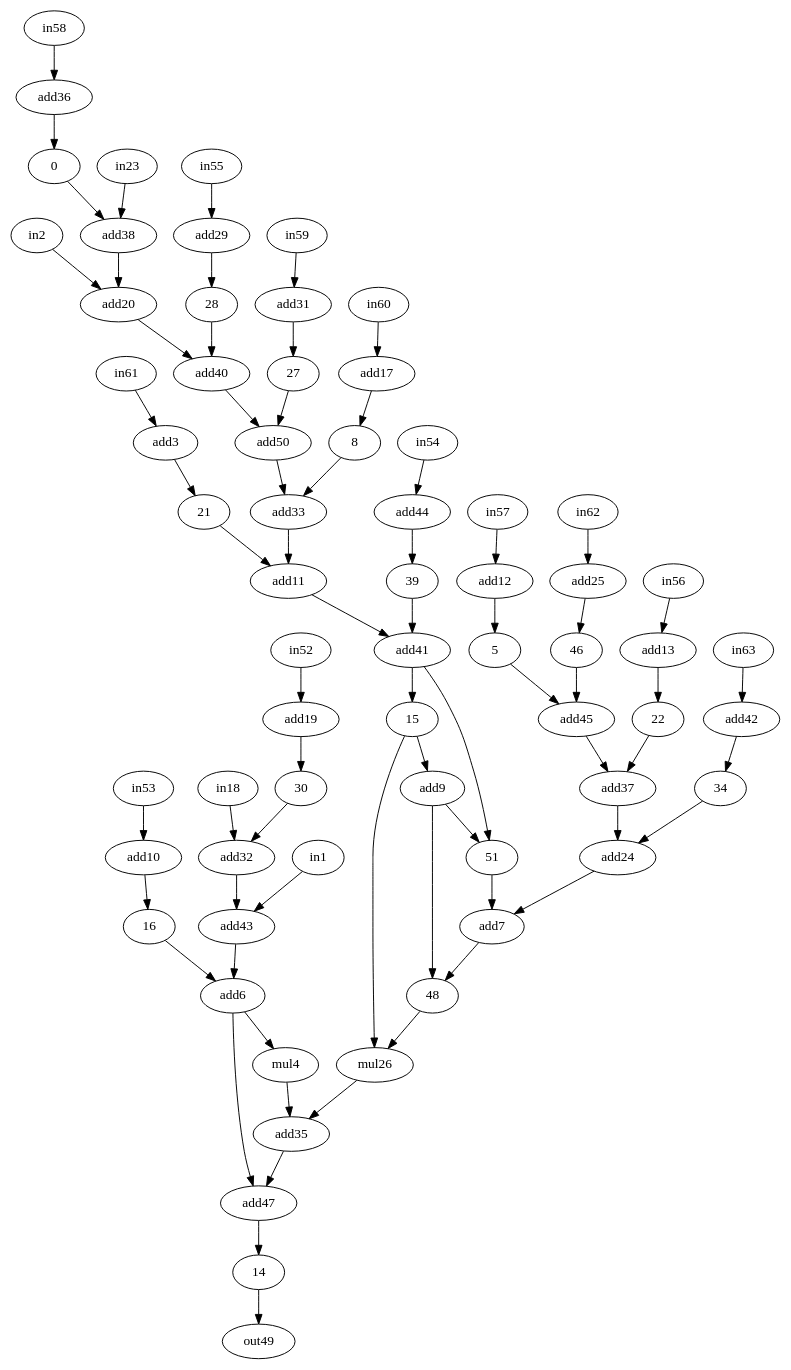
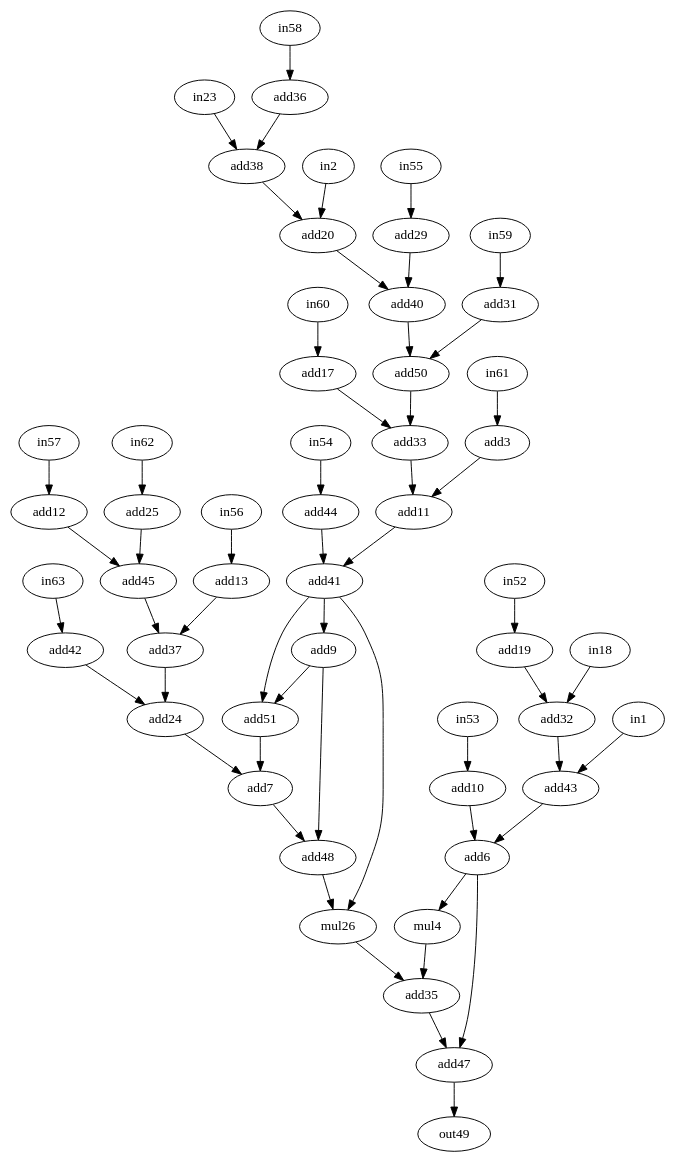
One commit to jeronimopenha/traversal_project changed the diagram in bench/test_bench/assincrono/h2v2_smooth.dot. Above: the diagram before and after it, drawn with Graphviz. The commit also changed 1 other file, not shown here.

```diff
--- a/bench/test_bench/assincrono/h2v2_smooth.dot
+++ b/bench/test_bench/assincrono/h2v2_smooth.dot
@@ -1,117 +1,105 @@
 digraph "h2v2_smooth" {
 1 [label=in1, op=in];
 2 [label=in2, op=in];
 3 [label=add3, op=addi, value=2];
 4 [label=mul4, op=muli, value=2];
 6 [label=add6, op=add];
 7 [label=add7, op=add];
 9 [label=add9, op=addi, value=2];
 10 [label=add10, op=addi, value=2];
 11 [label=add11, op=add];
 12 [label=add12, op=addi, value=2];
 13 [label=add13, op=addi, value=2];
 17 [label=add17, op=addi, value=2];
 18 [label=in18, op=in];
 19 [label=add19, op=addi, value=2];
 20 [label=add20, op=add];
 23 [label=in23, op=in];
 24 [label=add24, op=add];
 25 [label=add25, op=addi, value=2];
 26 [label=mul26, op=mul];
 29 [label=add29, op=addi, value=2];
 31 [label=add31, op=addi, value=2];
 32 [label=add32, op=add];
 33 [label=add33, op=add];
 35 [label=add35, op=add];
 36 [label=add36, op=addi, value=2];
 37 [label=add37, op=add];
 38 [label=add38, op=add];
 40 [label=add40, op=add];
 41 [label=add41, op=add];
 42 [label=add42, op=addi, value=2];
 43 [label=add43, op=add];
 44 [label=add44, op=addi, value=2];
 45 [label=add45, op=add];
 47 [label=add47, op=add];
+48 [label=add48, op=add];
 49 [label=out49, op=out];
 50 [label=add50, op=add];
+51 [label=add51, op=add];
 52 [label=in52, op=in];
 53 [label=in53, op=in];
 54 [label=in54, op=in];
 55 [label=in55, op=in];
 56 [label=in56, op=in];
 57 [label=in57, op=in];
 58 [label=in58, op=in];
 59 [label=in59, op=in];
 60 [label=in60, op=in];
 61 [label=in61, op=in];
 62 [label=in62, op=in];
 63 [label=in63, op=in];
-0 -> 38  [port=0, w=0];
+36 -> 38  [port=0, w=0];
 1 -> 43  [port=0, w=0];
 2 -> 20  [port=0, w=0];
-3 -> 21  [port=0, w=0];
 4 -> 35  [port=0, w=0];
-5 -> 45  [port=0, w=0];
+12 -> 45  [port=0, w=0];
 6 -> 4  [port=0, w=0];
 6 -> 47  [port=0, w=0];
 7 -> 48  [port=0, w=0];
-8 -> 33  [port=0, w=0];
+17 -> 33  [port=0, w=0];
 9 -> 48  [port=1, w=0];
 9 -> 51  [port=0, w=0];
-10 -> 16  [port=0, w=0];
+10 -> 6  [port=0, w=0];
 11 -> 41  [port=0, w=0];
-12 -> 5  [port=0, w=0];
-13 -> 22  [port=0, w=0];
-14 -> 49  [port=0, w=0];
-15 -> 9  [port=0, w=0];
-15 -> 26  [port=0, w=0];
-16 -> 6  [port=0, w=0];
-17 -> 8  [port=0, w=0];
+41 -> 9  [port=0, w=0];
+41 -> 26  [port=0, w=0];
 18 -> 32  [port=0, w=0];
-19 -> 30  [port=0, w=0];
+19 -> 32  [port=1, w=0];
 20 -> 40  [port=0, w=0];
-21 -> 11  [port=0, w=0];
-22 -> 37  [port=0, w=0];
+3 -> 11  [port=0, w=0];
+13 -> 37  [port=0, w=0];
 23 -> 38  [port=1, w=0];
 24 -> 7  [port=0, w=0];
-25 -> 46  [port=0, w=0];
 26 -> 35  [port=1, w=0];
-27 -> 50  [port=0, w=0];
-28 -> 40  [port=1, w=0];
-29 -> 28  [port=0, w=0];
-30 -> 32  [port=1, w=0];
-31 -> 27  [port=0, w=0];
+31 -> 50  [port=0, w=0];
+29 -> 40  [port=1, w=0];
 32 -> 43  [port=1, w=0];
 33 -> 11  [port=1, w=0];
-34 -> 24  [port=0, w=0];
+42 -> 24  [port=0, w=0];
 35 -> 47  [port=1, w=0];
-36 -> 0  [port=0, w=0];
 37 -> 24  [port=1, w=0];
 38 -> 20  [port=1, w=0];
-39 -> 41  [port=1, w=0];
+44 -> 41  [port=1, w=0];
 40 -> 50  [port=1, w=0];
-41 -> 15  [port=0, w=0];
 41 -> 51  [port=1, w=0];
-42 -> 34  [port=0, w=0];
 43 -> 6  [port=1, w=0];
-44 -> 39  [port=0, w=0];
 45 -> 37  [port=1, w=0];
-46 -> 45  [port=1, w=0];
-47 -> 14  [port=0, w=0];
+25 -> 45  [port=1, w=0];
+47 -> 49  [port=0, w=0];
 48 -> 26  [port=1, w=0];
 50 -> 33  [port=1, w=0];
 51 -> 7  [port=1, w=0];
 52 -> 19  [port=0, w=0];
 53 -> 10  [port=0, w=0];
 54 -> 44  [port=0, w=0];
 55 -> 29  [port=0, w=0];
 56 -> 13  [port=0, w=0];
 57 -> 12  [port=0, w=0];
 58 -> 36  [port=0, w=0];
 59 -> 31  [port=0, w=0];
 60 -> 17  [port=0, w=0];
 61 -> 3  [port=0, w=0];
 62 -> 25  [port=0, w=0];
 63 -> 42  [port=0, w=0];
 }
```
